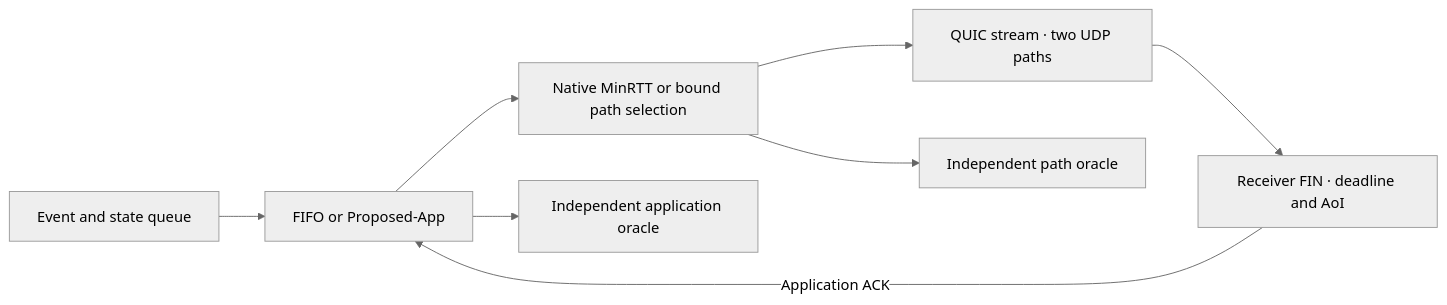
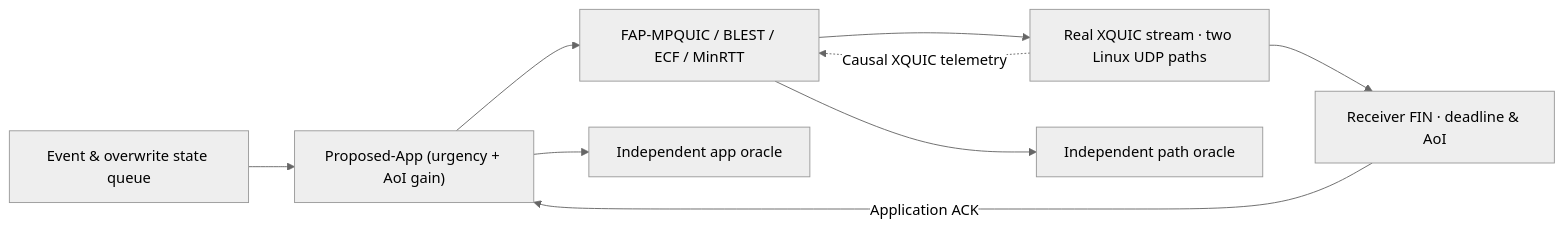
The diagram in README.md (Sver0411/IoT-MPQUIC-Scheduler), drawn with Mermaid (neutral theme) before and after one commit. The commit also changed other lines of this file and 1 other file, not shown here.

````diff
--- a/README.md
+++ b/README.md
@@ -13,10 +30,11 @@
 ```mermaid
 flowchart LR
-    Q["Event and state queue"] --> A["FIFO or Proposed-App"]
-    A --> P["Native MinRTT or bound path selection"]
-    P --> S["QUIC stream · two UDP paths"]
-    S --> R["Receiver FIN · deadline and AoI"]
+    Q["Event & overwrite state queue"] --> A["Proposed-App (urgency + AoI gain)"]
+    A --> P["FAP-MPQUIC / BLEST / ECF / MinRTT"]
+    P --> S["Real XQUIC stream · two Linux UDP paths"]
+    S --> R["Receiver FIN · deadline & AoI"]
     R -->|"Application ACK"| A
-    A --> O["Independent application oracle"]
+    S -.->|"Causal XQUIC telemetry"| P
+    A --> O["Independent app oracle"]
     P --> O2["Independent path oracle"]
 ```
````
